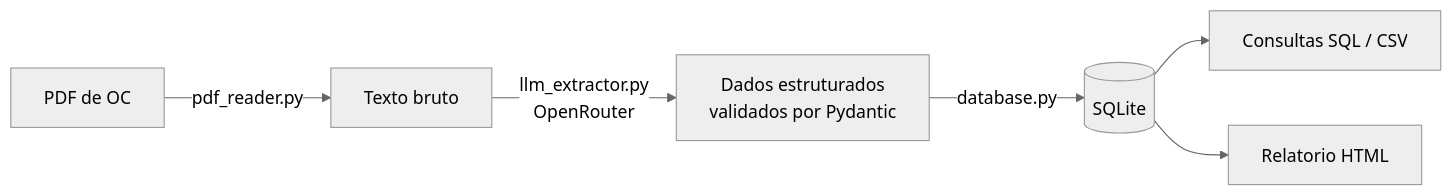
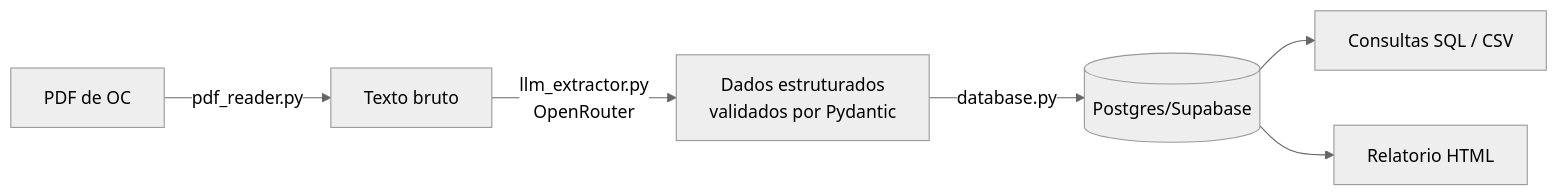
One commit to madufreitaas/oc-agent-automation changed the diagram in README.md. Above: the diagram before and after it, drawn with Mermaid (neutral theme). The commit also changed other lines of this file and 2 other files, not shown here.

First line of the commit message:
Atualiza README e docs para refletir a migracao Postgres/Supabase

````diff
--- a/README.md
+++ b/README.md
@@ -14,8 +16,8 @@
 ```mermaid
 flowchart LR
     A[PDF de OC] -->|pdf_reader.py| B[Texto bruto]
     B -->|llm_extractor.py<br/>OpenRouter| C[Dados estruturados<br/>validados por Pydantic]
-    C -->|database.py| D[(SQLite)]
+    C -->|database.py| D[(Postgres/Supabase)]
     D --> E[Consultas SQL / CSV]
     D --> F[Relatorio HTML]
 ```
````
